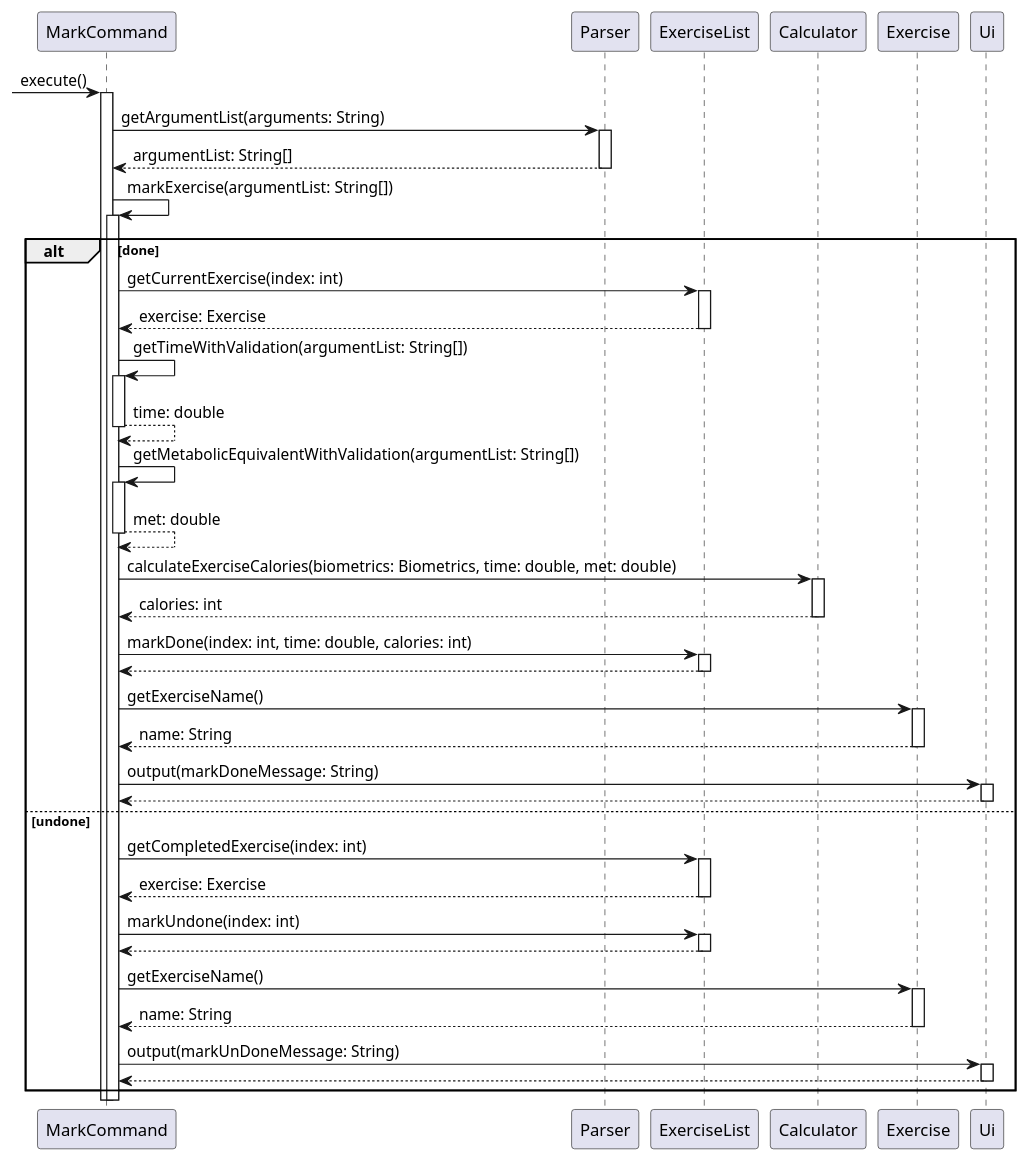
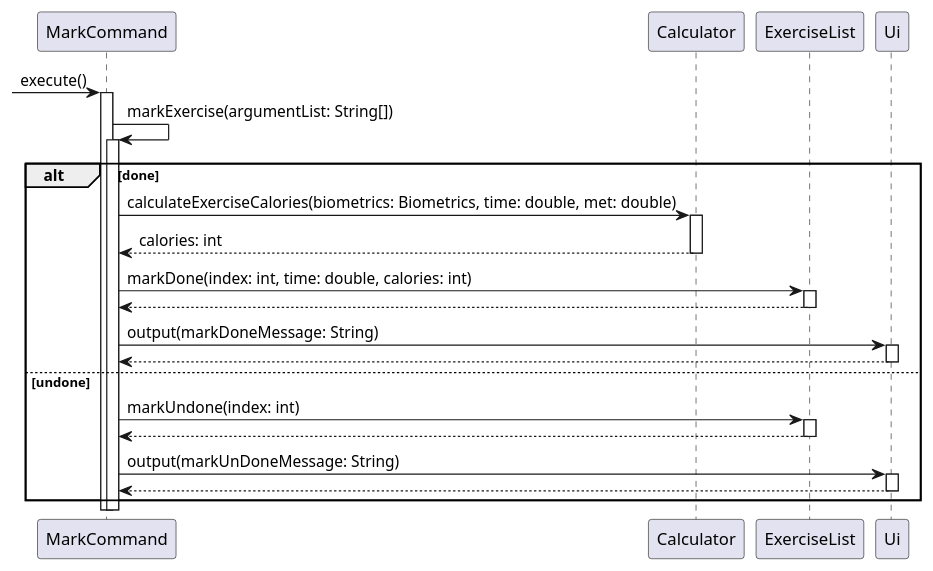
One commit to nus-cs2113-AY2223S1/tp changed the diagram in docs/UmlDiagrams/MarkExercise.puml. Above: the diagram before and after it, drawn with PlantUML. The commit also changed 1 other file, not shown here.

Commit message:
Update MarkExercise activity diagram

```diff
--- a/docs/UmlDiagrams/MarkExercise.puml
+++ b/docs/UmlDiagrams/MarkExercise.puml
@@ -1,34 +1,20 @@
 @startuml
 'https://plantuml.com/sequence-diagram
 
 -> MarkCommand++:execute()
-MarkCommand -> Parser++:getArgumentList(arguments: String)
-return argumentList: String[]
 MarkCommand -> MarkCommand++:markExercise(argumentList: String[])
 alt done
-MarkCommand -> ExerciseList++:getCurrentExercise(index: int)
-return exercise: Exercise
-MarkCommand -> MarkCommand++:getTimeWithValidation(argumentList: String[])
-return time: double
-MarkCommand -> MarkCommand++:getMetabolicEquivalentWithValidation(argumentList: String[])
-return met: double
 MarkCommand -> Calculator++:calculateExerciseCalories(biometrics: Biometrics, time: double, met: double)
 return calories: int
 MarkCommand -> ExerciseList++:markDone(index: int, time: double, calories: int)
 return
-MarkCommand -> Exercise++:getExerciseName()
-return name: String
 MarkCommand -> Ui++:output(markDoneMessage: String)
 return
 else undone
-MarkCommand -> ExerciseList++:getCompletedExercise(index: int)
-return exercise: Exercise
 MarkCommand -> ExerciseList++:markUndone(index: int)
 return
-MarkCommand -> Exercise++:getExerciseName()
-return name: String
 MarkCommand -> Ui++:output(markUnDoneMessage: String)
 return
 end
 
 @enduml
```
